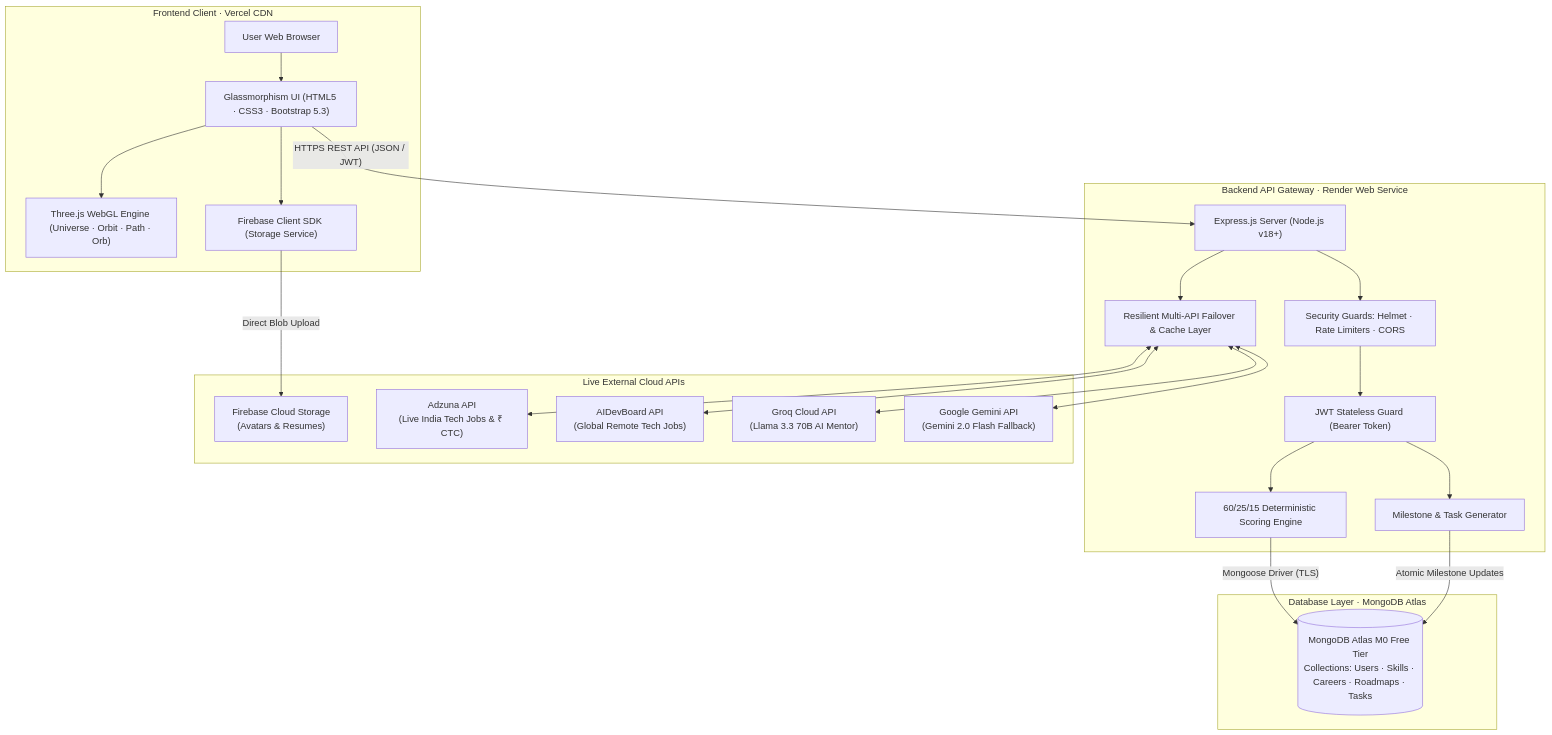
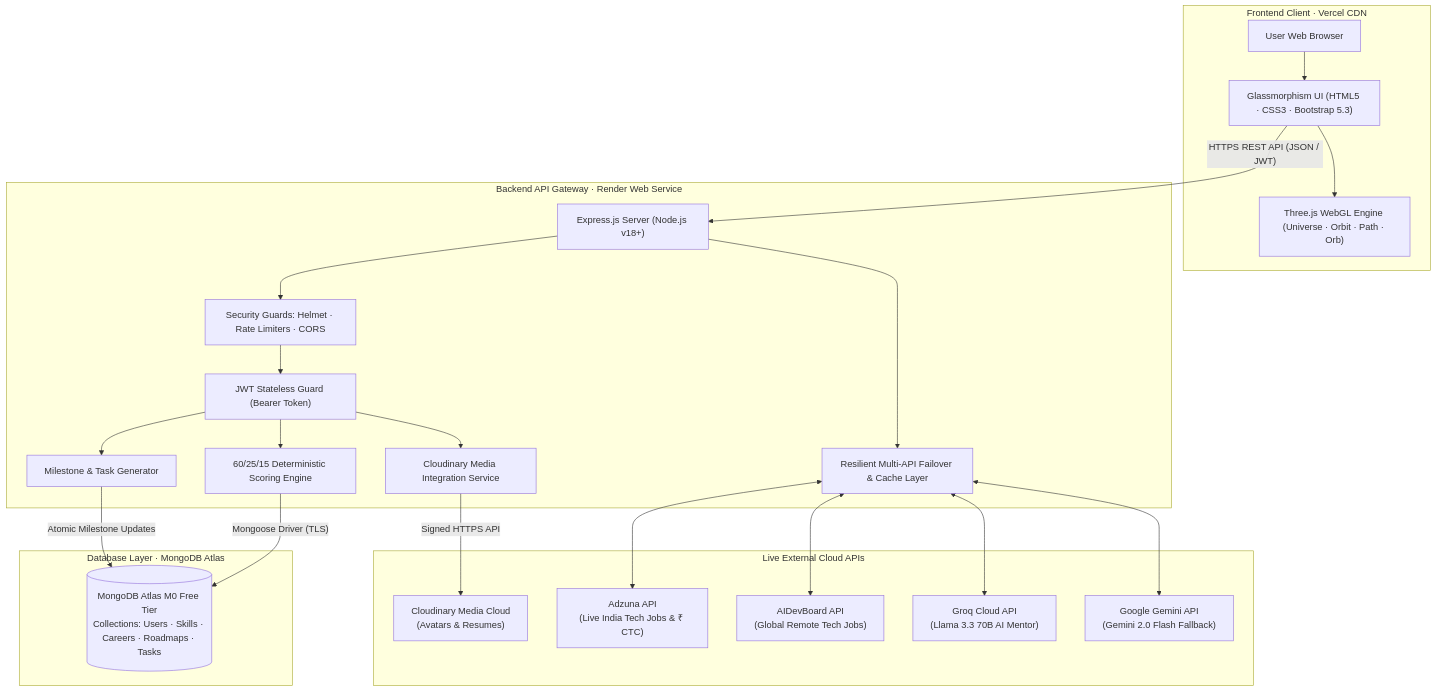
The diagram in README.md (parthpatil1234p-svg/careerpath-ai), drawn with Mermaid before and after one commit. The commit also changed other lines of this file and 15 other files, not shown here.

Commit message:
refactor(storage): completely remove Firebase and transition to Cloudinary media cloud

````diff
--- a/README.md
+++ b/README.md
@@ -181,48 +181,48 @@
 ```mermaid
 flowchart TD
     subgraph Client ["Frontend Client · Vercel CDN"]
         Browser["User Web Browser"]
         UI["Glassmorphism UI (HTML5 · CSS3 · Bootstrap 5.3)"]
         ThreeJS["Three.js WebGL Engine (Universe · Orbit · Path · Orb)"]
-        FirebaseClient["Firebase Client SDK (Storage Service)"]
         Browser --> UI
         UI --> ThreeJS
-        UI --> FirebaseClient
     end
 
     subgraph Gateway ["Backend API Gateway · Render Web Service"]
         Express["Express.js Server (Node.js v18+)"]
         Security["Security Guards: Helmet · Rate Limiters · CORS"]
         Auth["JWT Stateless Guard (Bearer Token)"]
         Engine["60/25/15 Deterministic Scoring Engine"]
         RoadmapGen["Milestone & Task Generator"]
+        MediaService["Cloudinary Media Integration Service"]
         FailoverLayer["Resilient Multi-API Failover & Cache Layer"]
 
         Express --> Security
         Security --> Auth
         Auth --> Engine
         Auth --> RoadmapGen
+        Auth --> MediaService
         Express --> FailoverLayer
     end
 
     subgraph Database ["Database Layer · MongoDB Atlas"]
         Cluster[("MongoDB Atlas M0 Free Tier\nCollections: Users · Skills · Careers · Roadmaps · Tasks")]
     end
 
     subgraph CloudAPIs ["Live External Cloud APIs"]
-        FirebaseCloud["Firebase Cloud Storage\n(Avatars & Resumes)"]
+        CloudinaryCloud["Cloudinary Media Cloud\n(Avatars & Resumes)"]
         AdzunaAPI["Adzuna API\n(Live India Tech Jobs & ₹ CTC)"]
         AIDevAPI["AIDevBoard API\n(Global Remote Tech Jobs)"]
         GroqAPI["Groq Cloud API\n(Llama 3.3 70B AI Mentor)"]
         GeminiAPI["Google Gemini API\n(Gemini 2.0 Flash Fallback)"]
     end
 
     UI -- "HTTPS REST API (JSON / JWT)" --> Express
-    FirebaseClient -- "Direct Blob Upload" --> FirebaseCloud
+    MediaService -- "Signed HTTPS API" --> CloudinaryCloud
     Engine -- "Mongoose Driver (TLS)" --> Cluster
     RoadmapGen -- "Atomic Milestone Updates" --> Cluster
     FailoverLayer <--> AdzunaAPI
     FailoverLayer <--> AIDevAPI
     FailoverLayer <--> GroqAPI
     FailoverLayer <--> GeminiAPI
 ```
````
